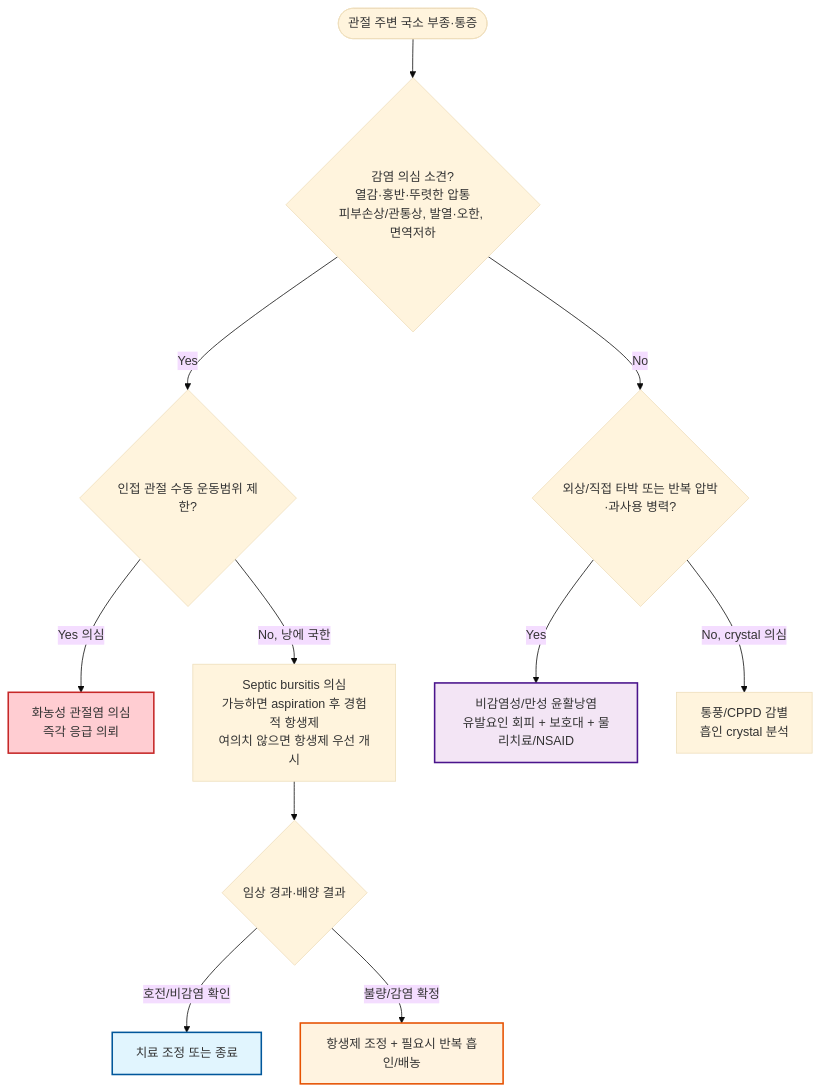
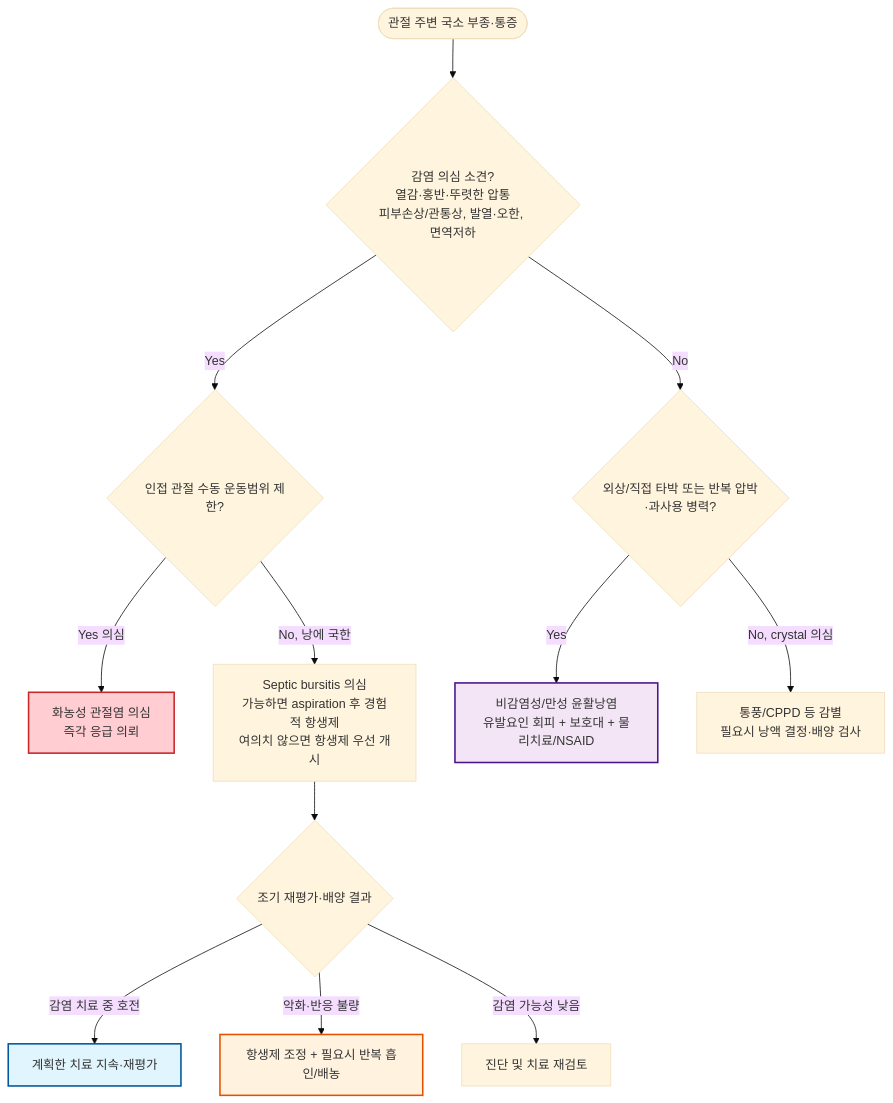
One commit to familyoh77/familyoh77 changed the diagram in 228_/136_-bursitis.md. Above: the diagram before and after it, drawn with Mermaid (base theme). The commit also changed other lines of this file and 4 other files, not shown here.

````diff
--- a/228_/136_-bursitis.md
+++ b/228_/136_-bursitis.md
@@ -165,17 +165,18 @@
 ```mermaid
 graph TD
     A([관절 주변 국소 부종·통증]) --> B{감염 의심 소견?\n열감·홍반·뚜렷한 압통\n피부손상/관통상, 발열·오한, 면역저하}
     B -->|Yes| C{인접 관절 수동 운동범위 제한?}
     C -->|Yes 의심| D[화농성 관절염 의심\n즉각 응급 의뢰]
     C -->|No, 낭에 국한| E[Septic bursitis 의심\n가능하면 aspiration 후 경험적 항생제\n여의치 않으면 항생제 우선 개시]
-    E --> F{임상 경과·배양 결과}
-    F -->|호전/비감염 확인| H[치료 조정 또는 종료]
-    F -->|불량/감염 확정| G[항생제 조정 + 필요시 반복 흡인/배농]
+    E --> F{조기 재평가·배양 결과}
+    F -->|감염 치료 중 호전| H[계획한 치료 지속·재평가]
+    F -->|악화·반응 불량| G[항생제 조정 + 필요시 반복 흡인/배농]
+    F -->|감염 가능성 낮음| L[진단 및 치료 재검토]
     B -->|No| I{외상/직접 타박 또는 반복 압박·과사용 병력?}
     I -->|Yes| J[비감염성/만성 윤활낭염\n유발요인 회피 + 보호대 + 물리치료/NSAID]
-    I -->|No, crystal 의심| K[통풍/CPPD 감별\n흡인 crystal 분석]
+    I -->|No, crystal 의심| K[통풍/CPPD 등 감별\n필요시 낭액 결정·배양 검사]
     style D fill:#ffcdd2,stroke:#c62828,stroke-width:2px
     style G fill:#fff3e0,stroke:#e65100,stroke-width:2px
     style H fill:#e1f5fe,stroke:#01579b,stroke-width:2px
     style J fill:#f3e5f5,stroke:#4a148c,stroke-width:2px
 ```
````
